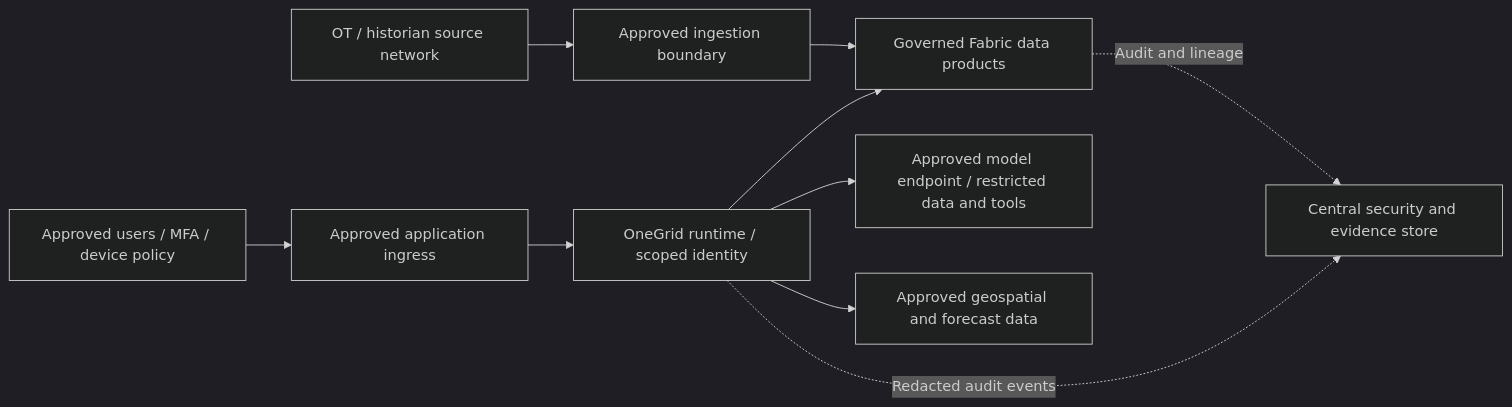
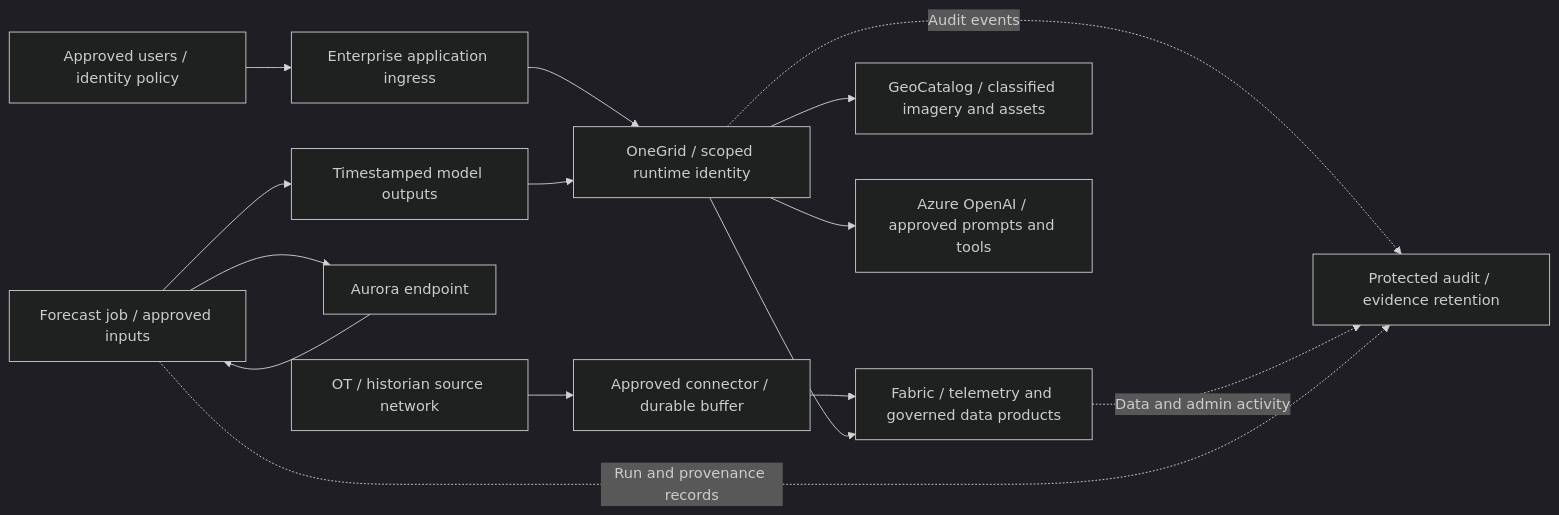
One commit to paulshaheen/OneGrid changed the diagram in docs/architecture/regulated-workload.md. Above: the diagram before and after it, drawn with Mermaid (dark theme). The commit also changed other lines of this file and 9 other files, not shown here.

First line of the commit message:
docs: document OneGrid solution architecture and operations

````diff
--- a/docs/architecture/regulated-workload.md
+++ b/docs/architecture/regulated-workload.md
@@ -27,12 +19,17 @@
 ```mermaid
 flowchart LR
-    OT[OT / historian source network] --> Bridge[Approved ingestion boundary]
-    Bridge --> Data[Governed Fabric data products]
-    Users[Approved users / MFA / device policy] --> Edge[Approved application ingress]
-    Edge --> App[OneGrid runtime / scoped identity]
-    App --> Data
-    App --> AI[Approved model endpoint / restricted data and tools]
-    App --> Geo[Approved geospatial and forecast data]
-    App -. Redacted audit events .-> Audit[Central security and evidence store]
-    Data -. Audit and lineage .-> Audit
+    OT[OT / historian source network] --> Bridge[Approved connector / durable buffer]
+    Bridge --> Fabric[Fabric / telemetry and governed data products]
+    Users[Approved users / identity policy] --> Edge[Enterprise application ingress]
+    Edge --> App[OneGrid / scoped runtime identity]
+    App --> Fabric
+    App --> Geo[GeoCatalog / classified imagery and assets]
+    App --> AI[Azure OpenAI / approved prompts and tools]
+    Job[Forecast job / approved inputs] --> Aurora[Aurora endpoint]
+    Aurora --> Job
+    Job --> Outputs[Timestamped model outputs]
+    Outputs --> App
+    App -. Audit events .-> Evidence[Protected audit / evidence retention]
+    Fabric -. Data and admin activity .-> Evidence
+    Job -. Run and provenance records .-> Evidence
 ```
````
